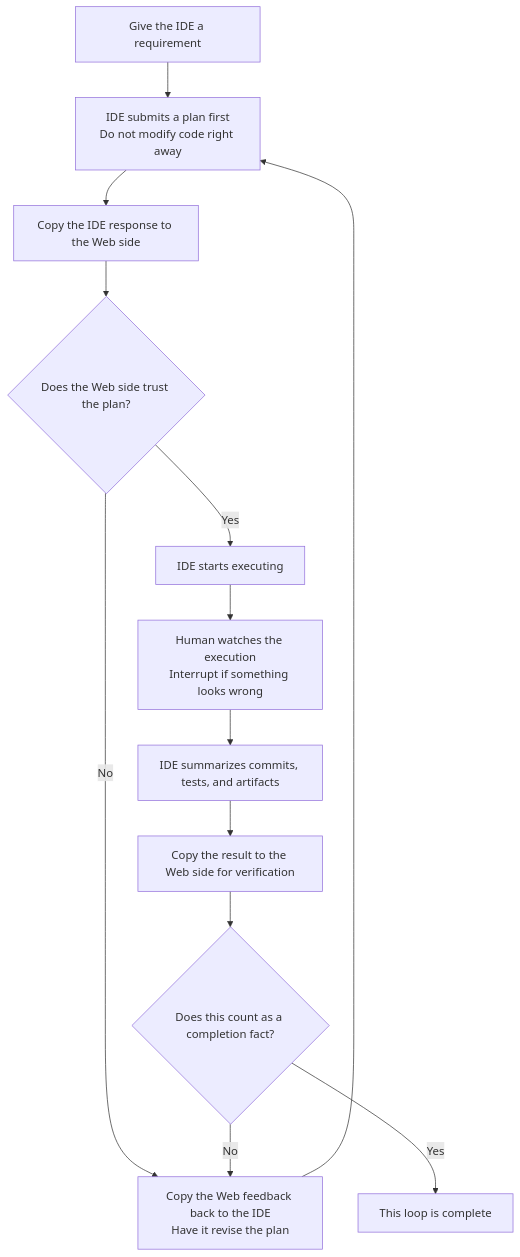
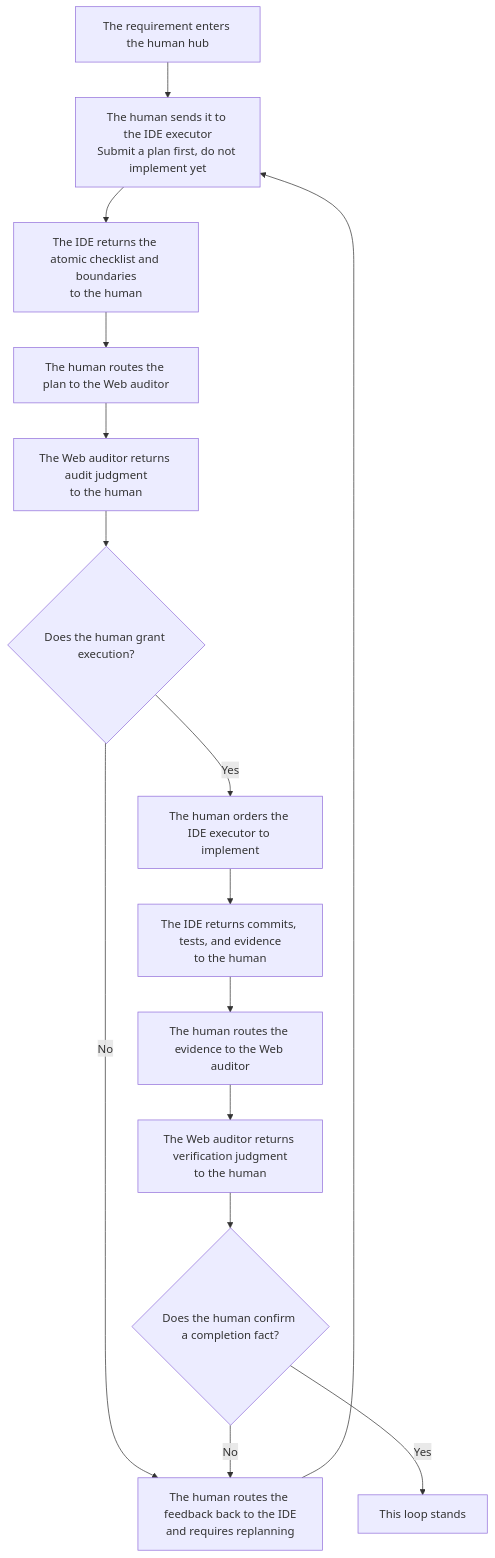
The diagram in wiki-en/02-how/minimal-loop.md (blackzhanzhan/Cyber-Ming-Protocol), drawn with Mermaid before and after one commit. The commit also changed other lines of this file and 2 other files, not shown here.

Commit message:
Recenter minimal-loop diagrams on human sovereignty
Rewrite the README and minimal-loop diagrams so the human is the only cross-system router, the Web side only returns judgment, and execution or completion never appears to advance automatically between agents. Reduce the agent-team reading of the protocol by making grant-of-execution and confirmation-of-completion explicit human decisions.

````diff
--- a/wiki-en/02-how/minimal-loop.md
+++ b/wiki-en/02-how/minimal-loop.md
@@ -39,15 +41,17 @@
 ```mermaid
 flowchart TD
-    A[Give the IDE a requirement] --> B[IDE submits a plan first<br/>Do not modify code right away]
-    B --> C[Copy the IDE response to the Web side]
-    C --> D{Does the Web side trust the plan?}
-    D -- No --> E[Copy the Web feedback back to the IDE<br/>Have it revise the plan]
-    E --> B
-    D -- Yes --> F[IDE starts executing]
-    F --> G[Human watches the execution<br/>Interrupt if something looks wrong]
-    G --> H[IDE summarizes commits, tests, and artifacts]
-    H --> I[Copy the result to the Web side for verification]
-    I --> J{Does this count as a completion fact?}
-    J -- No --> E
-    J -- Yes --> K[This loop is complete]
+    A[The requirement enters the human hub] --> B[The human sends it to the IDE executor<br/>Submit a plan first, do not implement yet]
+    B --> C[The IDE returns the atomic checklist and boundaries<br/>to the human]
+    C --> D[The human routes the plan to the Web auditor]
+    D --> E[The Web auditor returns audit judgment<br/>to the human]
+    E --> F{Does the human grant execution?}
+    F -- No --> G[The human routes the feedback back to the IDE<br/>and requires replanning]
+    G --> B
+    F -- Yes --> H[The human orders the IDE executor to implement]
+    H --> I[The IDE returns commits, tests, and evidence<br/>to the human]
+    I --> J[The human routes the evidence to the Web auditor]
+    J --> K[The Web auditor returns verification judgment<br/>to the human]
+    K --> L{Does the human confirm a completion fact?}
+    L -- No --> G
+    L -- Yes --> M[This loop stands]
 ```
````
